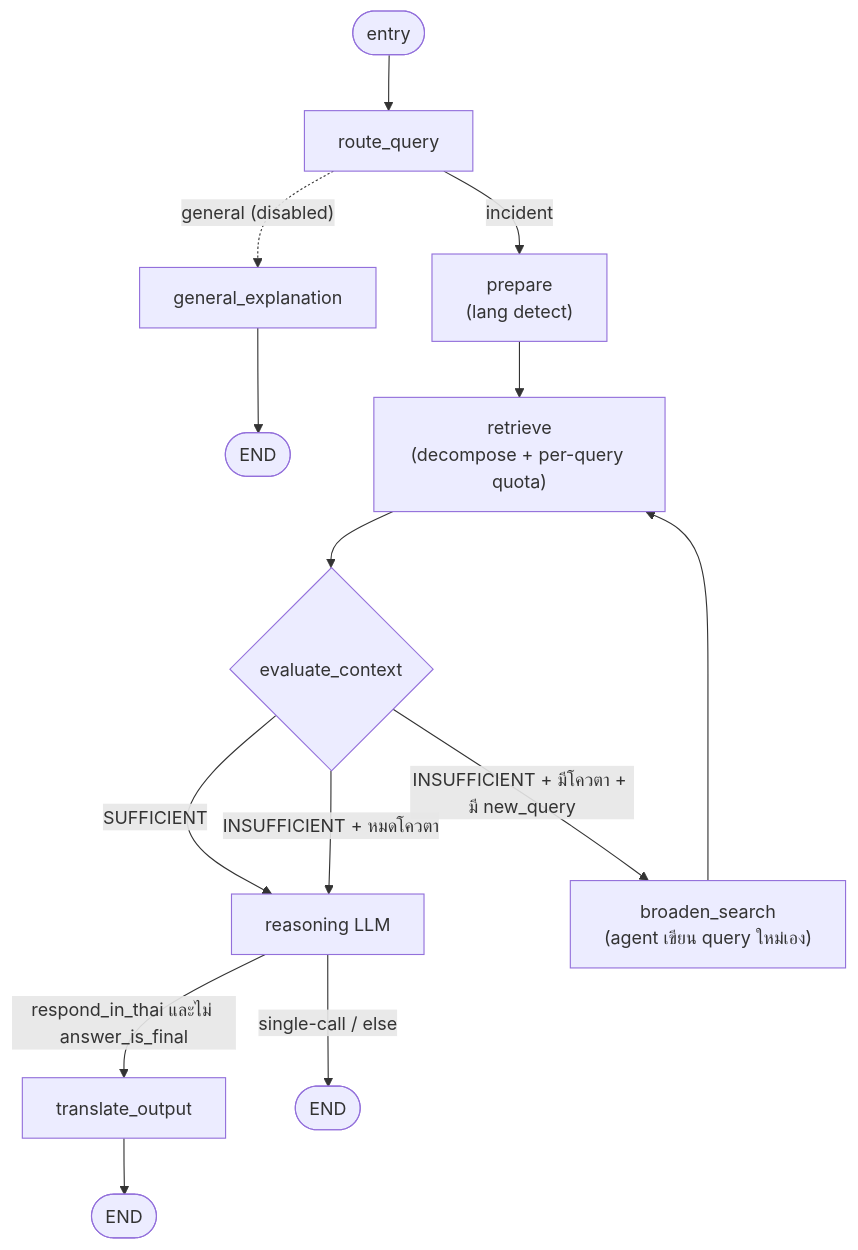
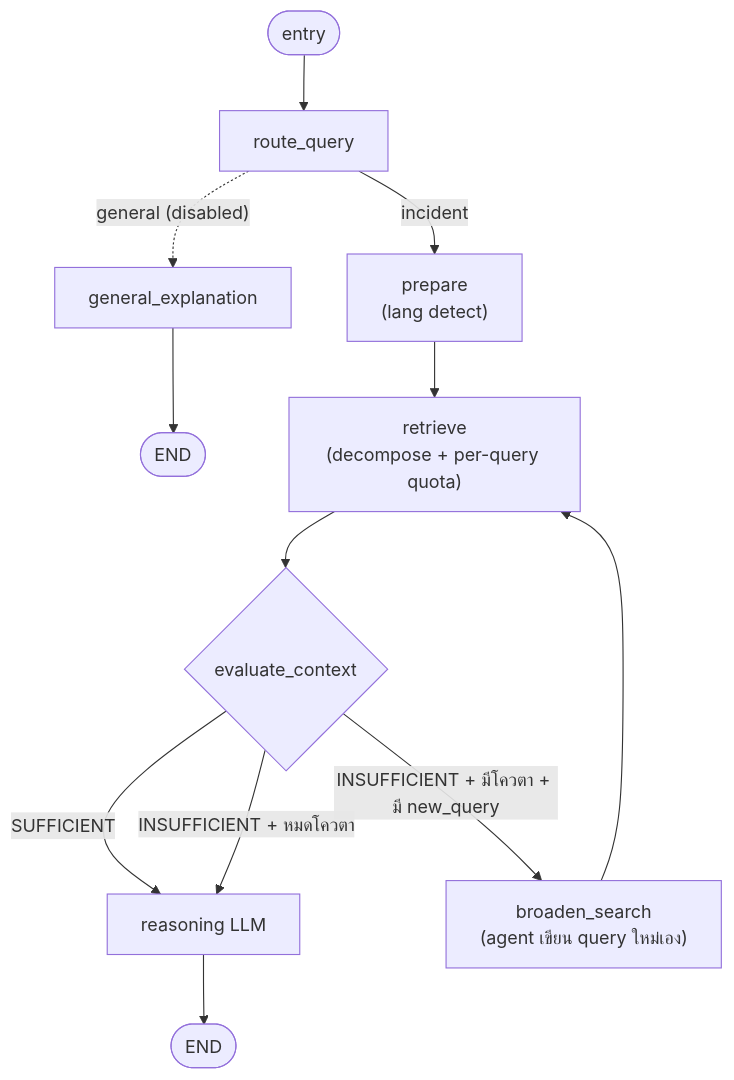
The third of 3 diagrams in rag_service/ARCHITECTURE.md (KKhamwiset/CyberCase-Intelligence-Framework), drawn with Mermaid before and after one commit. The commit also changed other lines of this file and 7 other files, not shown here.

First line of the commit message:
Agent: drop the translate node; the reasoning call writes the final answer (#38)

````diff
--- a/rag_service/ARCHITECTURE.md
+++ b/rag_service/ARCHITECTURE.md
@@ -277,13 +277,12 @@
 ```mermaid
 flowchart TD
     START([entry]) --> RQ["route_query"]
     RQ -->|incident| PREP["prepare<br/>(lang detect)"]
     RQ -.->|"general (disabled)"| GE["general_explanation"] --> E1([END])
     PREP --> RET["retrieve<br/>(decompose + per-query quota)"]
     RET --> EVAL{"evaluate_context"}
     EVAL -->|SUFFICIENT| REASON["reasoning LLM"]
     EVAL -->|"INSUFFICIENT + มีโควตา + มี new_query"| BRD["broaden_search<br/>(agent เขียน query ใหม่เอง)"] --> RET
     EVAL -->|"INSUFFICIENT + หมดโควตา"| REASON
-    REASON -->|respond_in_thai และไม่ answer_is_final| TR["translate_output"] --> E3([END])
-    REASON -->|single-call / else| E4([END])
+    REASON --> E4([END])
 ```
````
